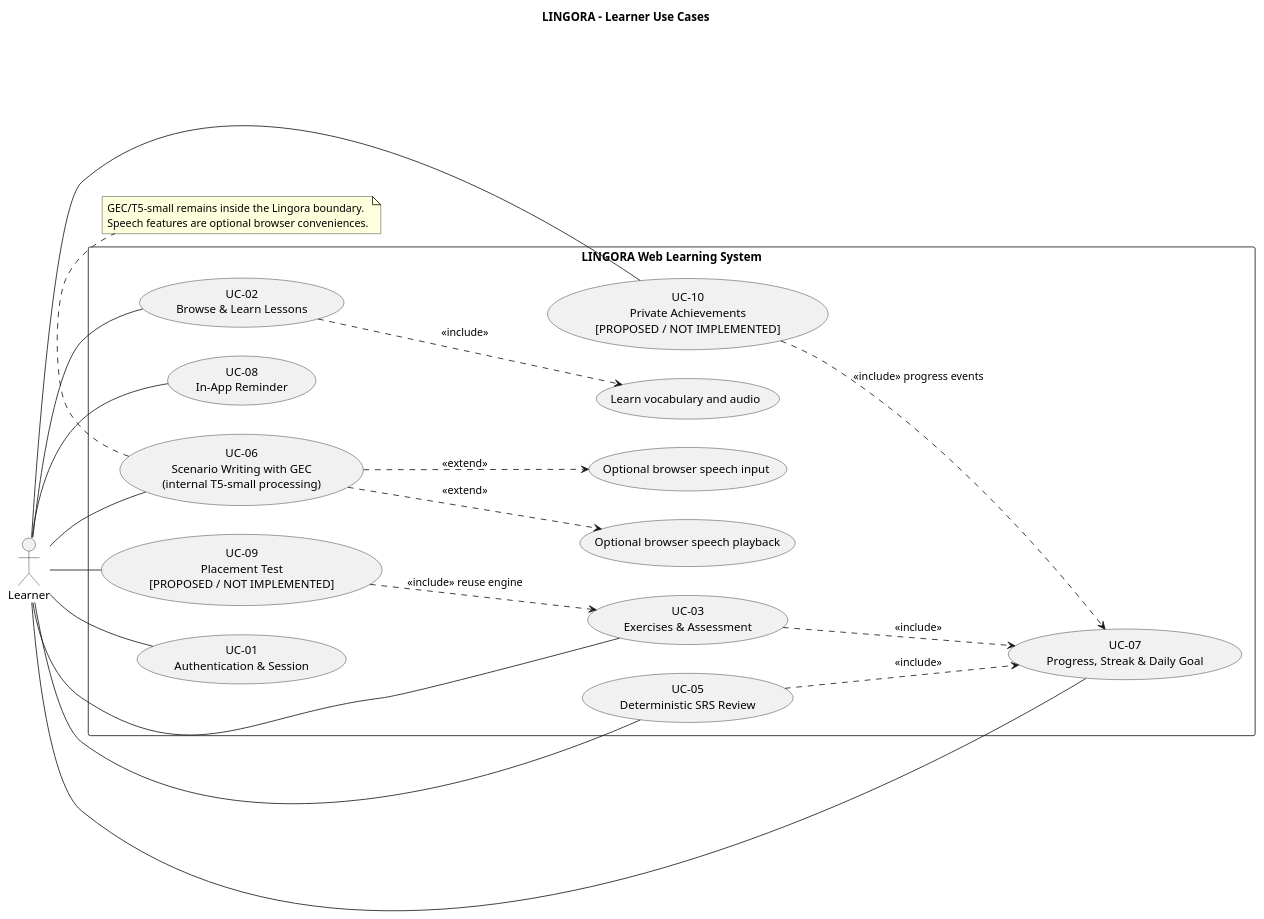
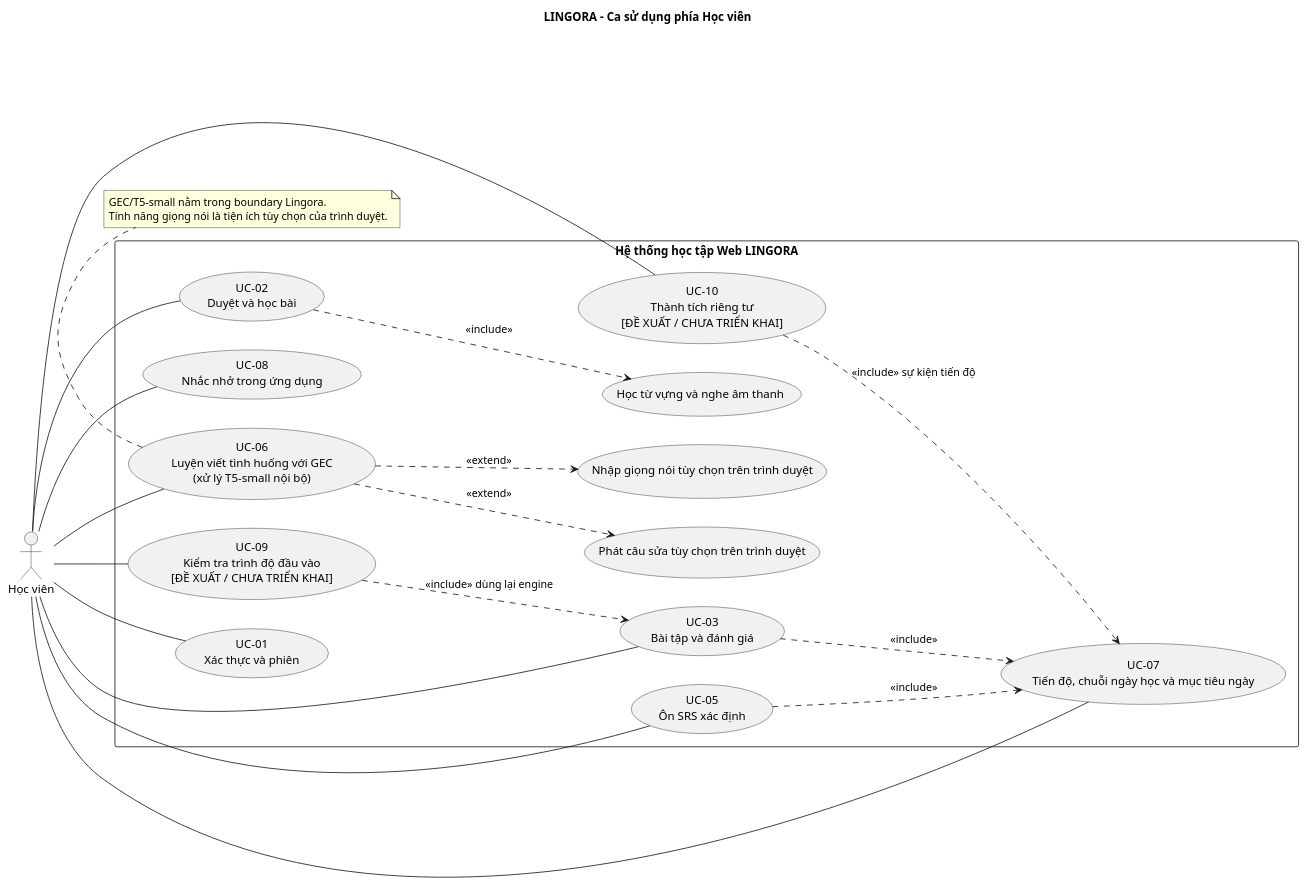
The diagram in docs/plantuml/use-case-learner.puml (PhamNguyenThanhTung/lingora-workspace), drawn with PlantUML before and after one commit. The commit also changed 25 other files, not shown here.

Commit message:
docs: vietnamize PlantUML diagrams

```diff
--- a/docs/plantuml/use-case-learner.puml
+++ b/docs/plantuml/use-case-learner.puml
@@ -1,46 +1,46 @@
 @startuml
-title LINGORA - Learner Use Cases
+title LINGORA - Ca sử dụng phía Học viên
 left to right direction
 skinparam shadowing false
 
-actor Learner
+actor "Học viên" as Learner
 
-rectangle "LINGORA Web Learning System" {
-  usecase "UC-01\nAuthentication & Session" as UC01
-  usecase "UC-02\nBrowse & Learn Lessons" as UC02
-  usecase "UC-03\nExercises & Assessment" as UC03
-  usecase "UC-05\nDeterministic SRS Review" as UC05
-  usecase "UC-06\nScenario Writing with GEC\n(internal T5-small processing)" as UC06
-  usecase "UC-07\nProgress, Streak & Daily Goal" as UC07
-  usecase "UC-08\nIn-App Reminder" as UC08
-  usecase "UC-09\nPlacement Test\n[PROPOSED / NOT IMPLEMENTED]" as UC09
-  usecase "UC-10\nPrivate Achievements\n[PROPOSED / NOT IMPLEMENTED]" as UC10
+rectangle "Hệ thống học tập Web LINGORA" {
+  usecase "UC-01\nXác thực và phiên" as UC01
+  usecase "UC-02\nDuyệt và học bài" as UC02
+  usecase "UC-03\nBài tập và đánh giá" as UC03
+  usecase "UC-05\nÔn SRS xác định" as UC05
+  usecase "UC-06\nLuyện viết tình huống với GEC\n(xử lý T5-small nội bộ)" as UC06
+  usecase "UC-07\nTiến độ, chuỗi ngày học và mục tiêu ngày" as UC07
+  usecase "UC-08\nNhắc nhở trong ứng dụng" as UC08
+  usecase "UC-09\nKiểm tra trình độ đầu vào\n[ĐỀ XUẤT / CHƯA TRIỂN KHAI]" as UC09
+  usecase "UC-10\nThành tích riêng tư\n[ĐỀ XUẤT / CHƯA TRIỂN KHAI]" as UC10
 
-  usecase "Learn vocabulary and audio" as LearnVocabulary
-  usecase "Optional browser speech input" as SpeechInput
-  usecase "Optional browser speech playback" as SpeechPlayback
+  usecase "Học từ vựng và nghe âm thanh" as LearnVocabulary
+  usecase "Nhập giọng nói tùy chọn trên trình duyệt" as SpeechInput
+  usecase "Phát câu sửa tùy chọn trên trình duyệt" as SpeechPlayback
 }
 
 Learner -- UC01
 Learner -- UC02
 Learner -- UC03
 Learner -- UC05
 Learner -- UC06
 Learner -- UC07
 Learner -- UC08
 Learner -- UC09
 Learner -- UC10
 
 UC02 ..> LearnVocabulary : <<include>>
 UC03 ..> UC07 : <<include>>
 UC05 ..> UC07 : <<include>>
 UC06 ..> SpeechInput : <<extend>>
 UC06 ..> SpeechPlayback : <<extend>>
-UC09 ..> UC03 : <<include>> reuse engine
-UC10 ..> UC07 : <<include>> progress events
+UC09 ..> UC03 : <<include>> dùng lại engine
+UC10 ..> UC07 : <<include>> sự kiện tiến độ
 
 note bottom of UC06
-  GEC/T5-small remains inside the Lingora boundary.
-  Speech features are optional browser conveniences.
+  GEC/T5-small nằm trong boundary Lingora.
+  Tính năng giọng nói là tiện ích tùy chọn của trình duyệt.
 end note
 @enduml
```
